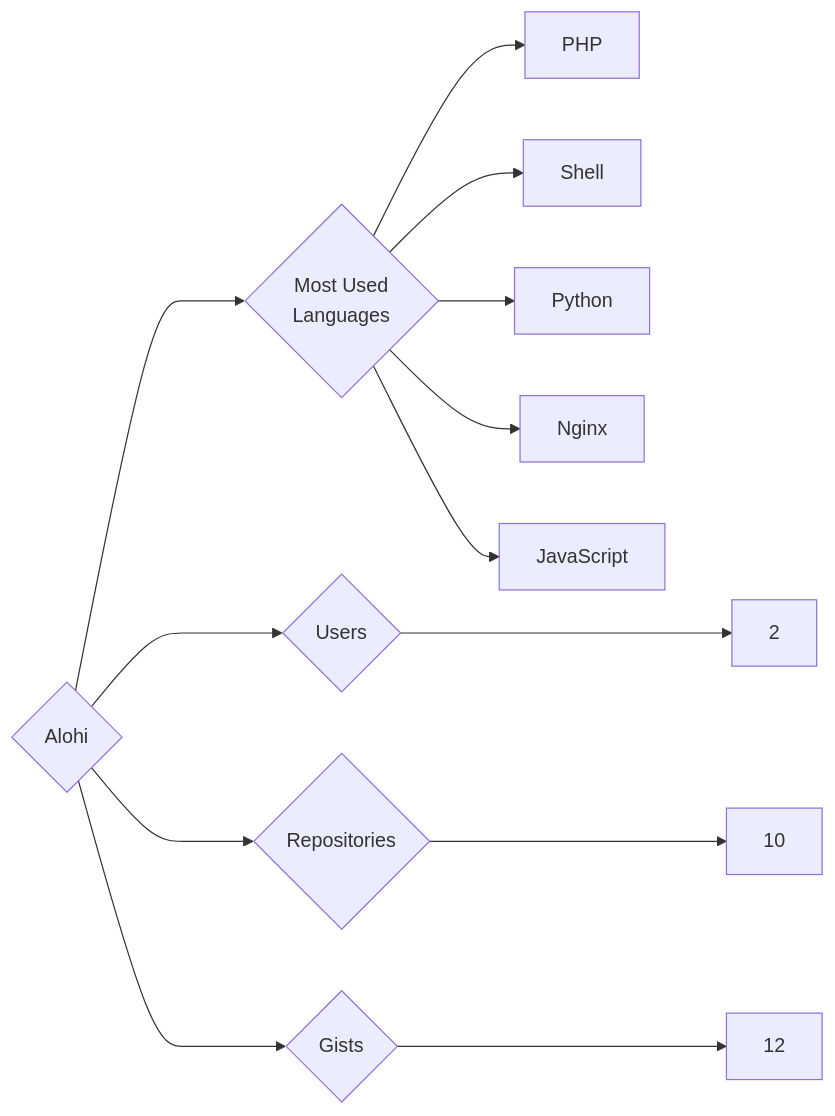
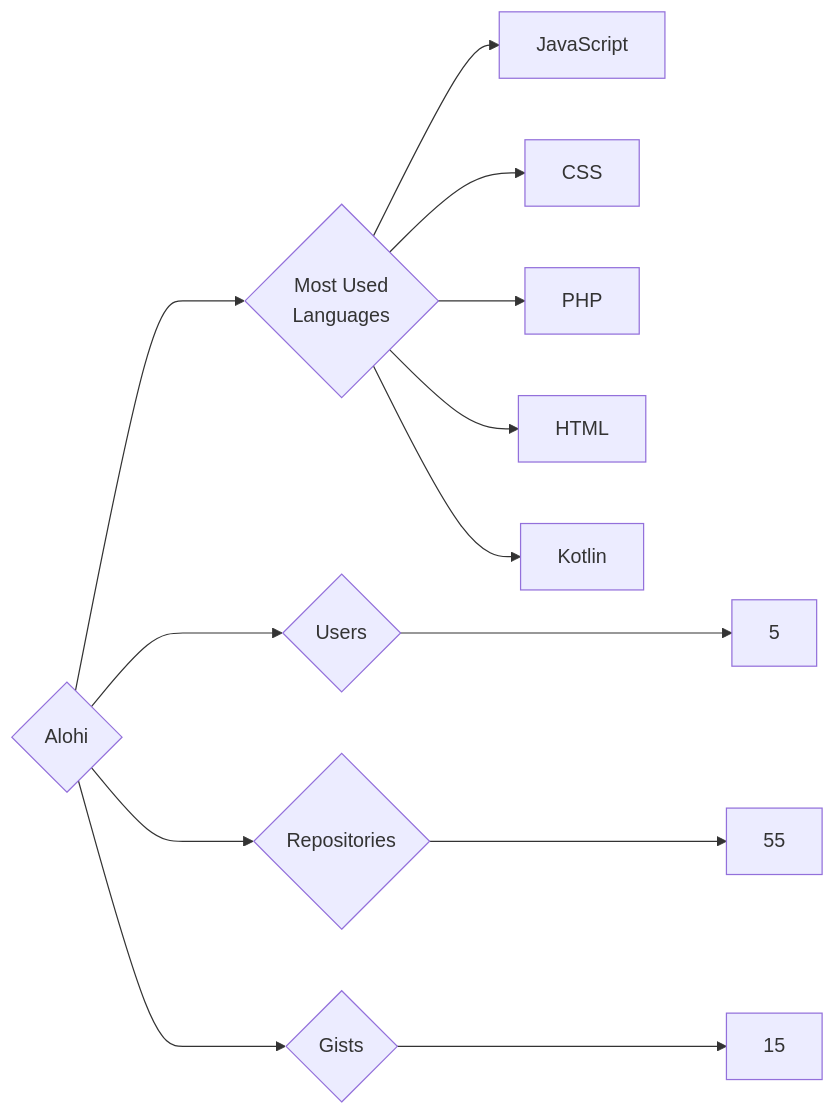
Before and after one commit to trickest/insiders: the diagram in targets/Alohi/README.md, drawn with Mermaid. The commit also changed 872 other files, not shown here.

````diff
--- a/targets/Alohi/README.md
+++ b/targets/Alohi/README.md
@@ -3,13 +3,13 @@
 ```mermaid
 graph LR
 COMPANY_NAME{Alohi}
-COMPANY_NAME ---> U{Users} ---> UN[2]
-COMPANY_NAME ---> R{Repositories} ---> RN[10]
-COMPANY_NAME ---> G{Gists} ---> GN[12]
+COMPANY_NAME ---> U{Users} ---> UN[5]
+COMPANY_NAME ---> R{Repositories} ---> RN[55]
+COMPANY_NAME ---> G{Gists} ---> GN[15]
 COMPANY_NAME ---> ML{Most Used<br>Languages}
+ML --> JavaScript[JavaScript]
+ML --> CSS[CSS]
 ML --> PHP[PHP]
-ML --> Shell[Shell]
-ML --> Python[Python]
-ML --> Nginx[Nginx]
-ML --> JavaScript[JavaScript]
+ML --> HTML[HTML]
+ML --> Kotlin[Kotlin]
 ```
````
